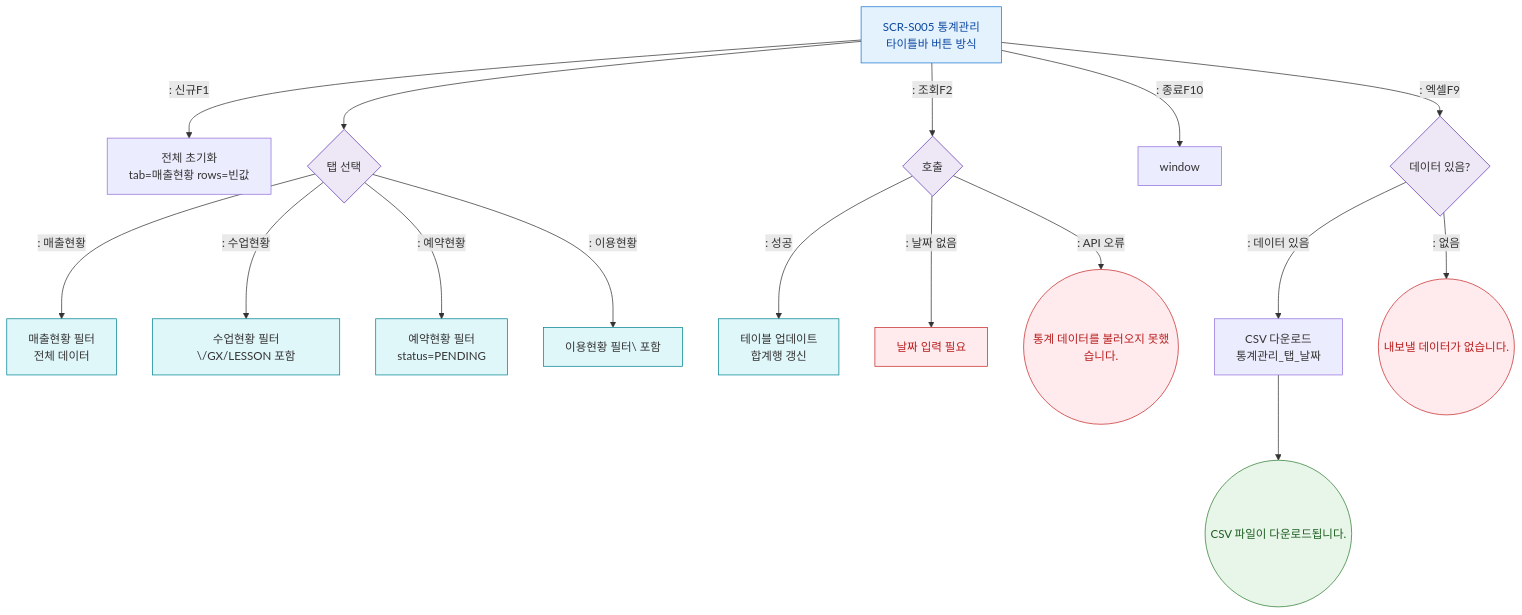
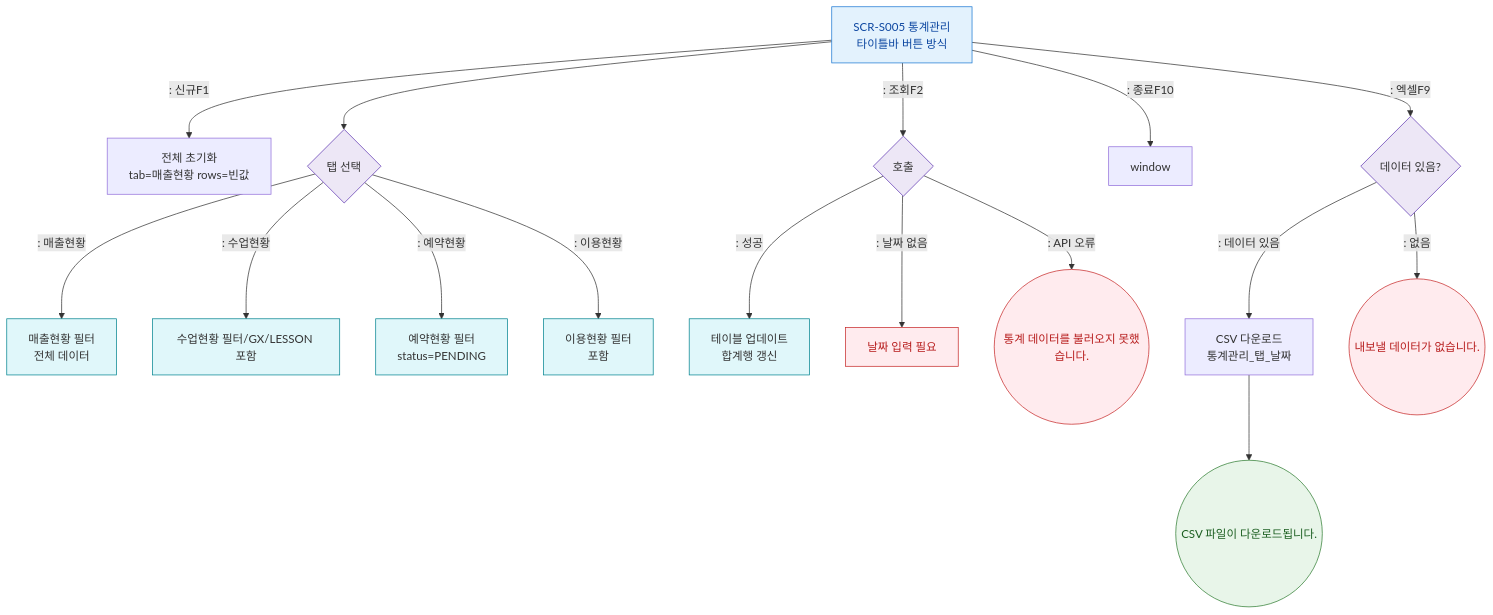
One commit to dev-spogym/admin-pando changed the diagram in docs/admin/다이어그램/D03_매출관리/SCR-S005_통계관리/F2_메인.md. Above: the diagram before and after it, drawn with Mermaid. The commit also changed 369 other files, not shown here.

````diff
--- a/docs/admin/다이어그램/D03_매출관리/SCR-S005_통계관리/F2_메인.md
+++ b/docs/admin/다이어그램/D03_매출관리/SCR-S005_통계관리/F2_메인.md
@@ -18,35 +18,35 @@
 ```mermaid
 flowchart TD
     S005[SCR-S005 통계관리\n타이틀바 버튼 방식]
 
     S005 -->|": 신규F1"|RESET[전체 초기화\ntab=매출현황 rows=빈값]
     S005 -->|": 조회F2"|FETCH{호출}
     S005 -->|": 엑셀F9"|CSV_CHECK{데이터 있음?}
     S005 -->|": 종료F10"|HISTORY_BACK[window]
 
     S005 --> TAB_SELECT{탭 선택}
     TAB_SELECT -->|": 매출현황"|TAB_SALES[매출현황 필터\n전체 데이터]
-    TAB_SELECT -->|": 수업현황"|TAB_CLASS[수업현황 필터\/GX/LESSON 포함]
+    TAB_SELECT -->|": 수업현황"|TAB_CLASS[수업현황 필터/GX/LESSON 포함]
     TAB_SELECT -->|": 예약현황"|TAB_RESERVE[예약현황 필터\nstatus=PENDING]
-    TAB_SELECT -->|": 이용현황"|TAB_USE[이용현황 필터\ 포함]
+    TAB_SELECT -->|": 이용현황"|TAB_USE[이용현황 필터<br/> 포함]
 
     FETCH -->|": 성공"|TABLE_UPDATE[테이블 업데이트\n합계행 갱신]
     FETCH -->|": 날짜 없음"|ERR_DATE[날짜 입력 필요]
     FETCH -->|": API 오류"|ERR_API((통계 데이터를 불러오지 못했습니다.))
 
     CSV_CHECK -->|": 데이터 있음"|CSV_DOWN[CSV 다운로드\n통계관리_탭_날짜]
     CSV_CHECK -->|": 없음"|ERR_CSV((내보낼 데이터가 없습니다.))
     CSV_DOWN --> TOAST_CSV((CSV 파일이 다운로드됩니다.))
 
     classDef screen fill:#E3F2FD,stroke:#1976D2,color:#0D47A1
     classDef error fill:#FFEBEE,stroke:#C62828,color:#B71C1C
     classDef success fill:#E8F5E9,stroke:#2E7D32,color:#1B5E20
     classDef system fill:#EDE7F6,stroke:#5E35B2
     classDef info fill:#E0F7FA,stroke:#00838F
 
     class S005 screen
     class ERR_DATE,ERR_API,ERR_CSV error
     class TOAST_CSV success
     class FETCH,CSV_CHECK,TAB_SELECT system
     class TABLE_UPDATE,TAB_SALES,TAB_CLASS,TAB_RESERVE,TAB_USE info
 ```
````
